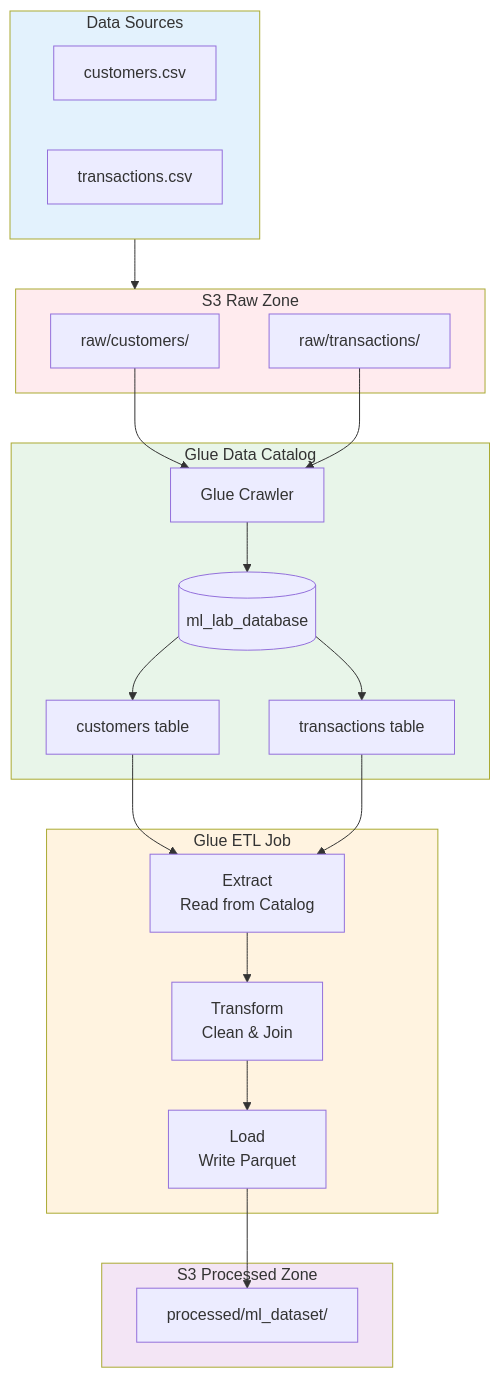
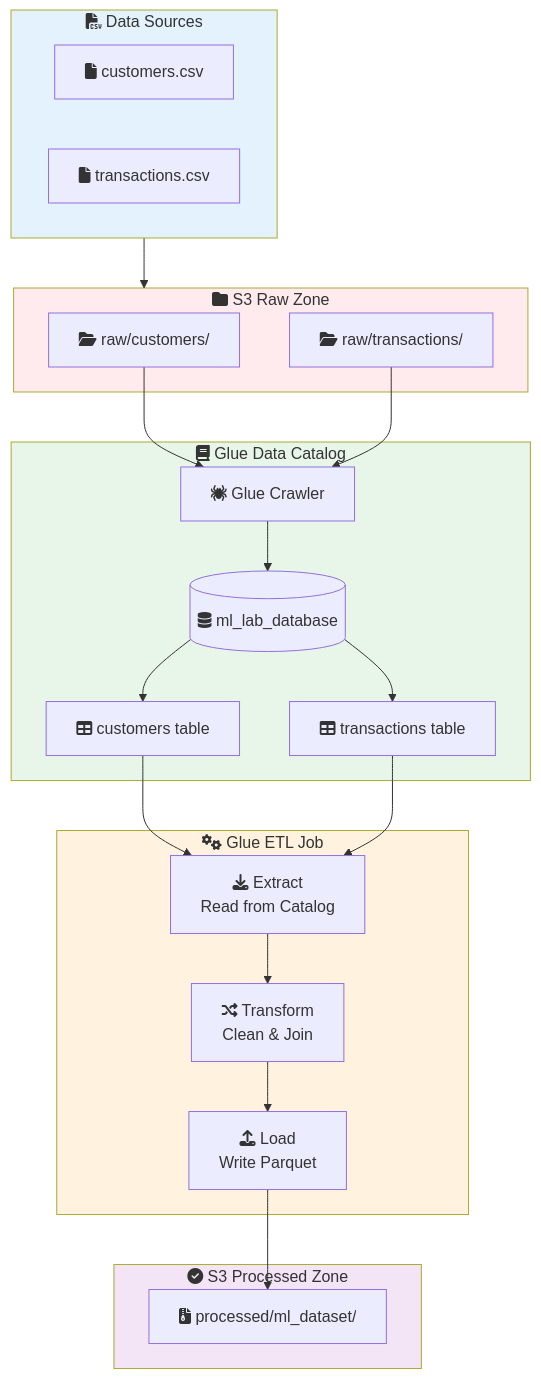
One commit to vinu76jsr/aws-sample-projects changed the first of 3 diagrams in aws-ml-associate-prep/03-glue-etl/LAB.md. Above: the diagram before and after it, drawn with Mermaid. The commit also changed other lines of this file and 15 other files, not shown here.

First line of the commit message:
Add Font Awesome icons to all Mermaid diagrams

````diff
--- a/aws-ml-associate-prep/03-glue-etl/LAB.md
+++ b/aws-ml-associate-prep/03-glue-etl/LAB.md
@@ -14,47 +14,47 @@
 ```mermaid
 flowchart TB
-    subgraph Sources["Data Sources"]
-        S1[customers.csv]
-        S2[transactions.csv]
+    subgraph Sources["fa:fa-file-csv Data Sources"]
+        S1[fa:fa-file customers.csv]
+        S2[fa:fa-file transactions.csv]
     end
 
-    subgraph S3Raw["S3 Raw Zone"]
-        R1[raw/customers/]
-        R2[raw/transactions/]
+    subgraph S3Raw["fa:fa-folder S3 Raw Zone"]
+        R1[fa:fa-folder-open raw/customers/]
+        R2[fa:fa-folder-open raw/transactions/]
     end
 
-    subgraph GlueCatalog["Glue Data Catalog"]
-        Crawler[Glue Crawler]
-        DB[(ml_lab_database)]
-        T1[customers table]
-        T2[transactions table]
+    subgraph GlueCatalog["fa:fa-book Glue Data Catalog"]
+        Crawler[fa:fa-spider Glue Crawler]
+        DB[(fa:fa-database ml_lab_database)]
+        T1[fa:fa-table customers table]
+        T2[fa:fa-table transactions table]
     end
 
-    subgraph GlueJob["Glue ETL Job"]
-        Extract[Extract<br/>Read from Catalog]
-        Transform[Transform<br/>Clean & Join]
-        Load[Load<br/>Write Parquet]
+    subgraph GlueJob["fa:fa-cogs Glue ETL Job"]
+        Extract[fa:fa-download Extract<br/>Read from Catalog]
+        Transform[fa:fa-random Transform<br/>Clean & Join]
+        Load[fa:fa-upload Load<br/>Write Parquet]
     end
 
-    subgraph S3Processed["S3 Processed Zone"]
-        P1[processed/ml_dataset/]
+    subgraph S3Processed["fa:fa-check-circle S3 Processed Zone"]
+        P1[fa:fa-file-archive processed/ml_dataset/]
     end
 
     Sources --> S3Raw
     R1 --> Crawler
     R2 --> Crawler
     Crawler --> DB
     DB --> T1
     DB --> T2
     T1 --> Extract
     T2 --> Extract
     Extract --> Transform
     Transform --> Load
     Load --> P1
 
     style Sources fill:#e3f2fd
     style S3Raw fill:#ffebee
     style GlueCatalog fill:#e8f5e9
     style GlueJob fill:#fff3e0
     style S3Processed fill:#f3e5f5
 ```
````
